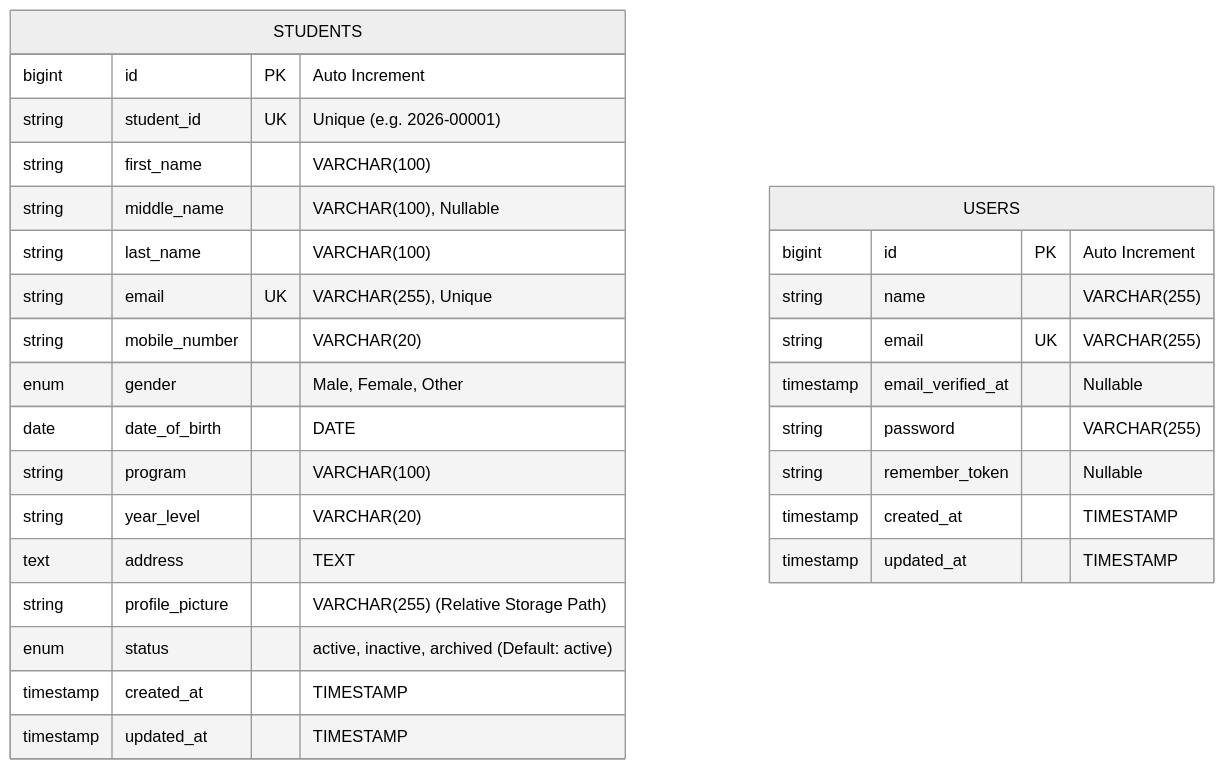
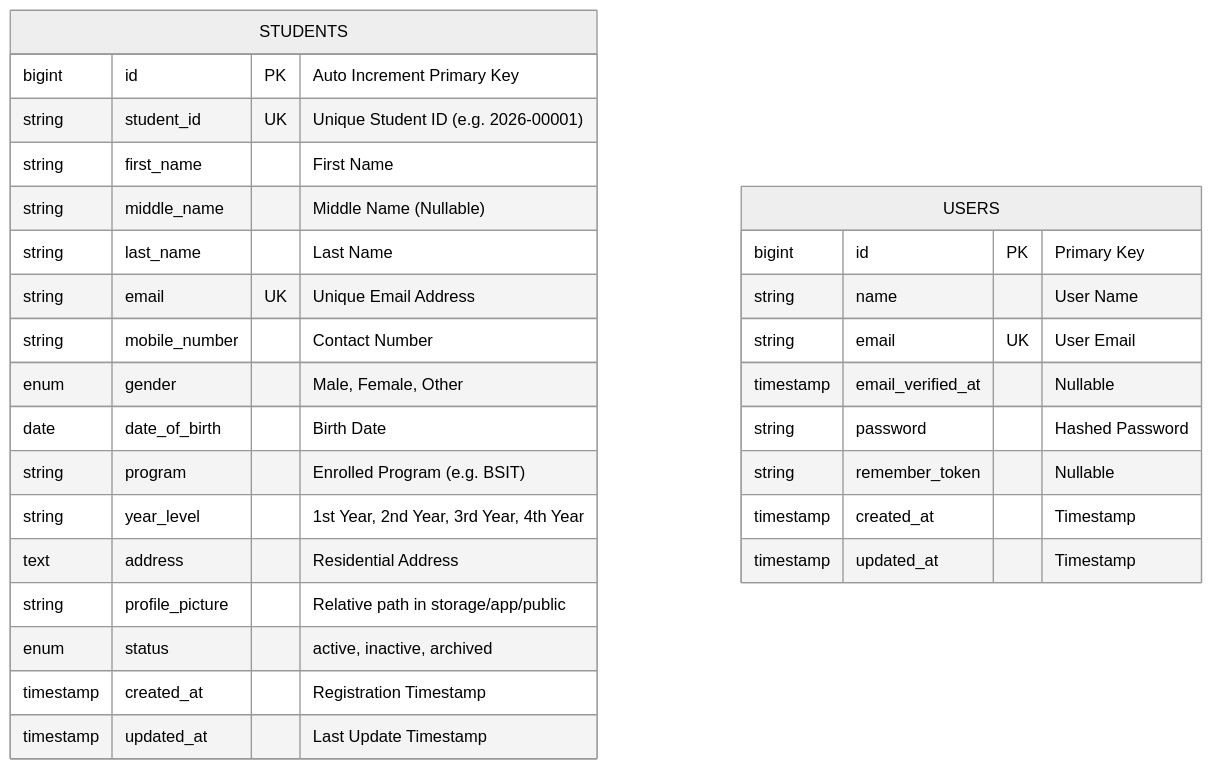
One commit to ejrdeleon/week04-student-registration changed the diagram in documentation/er-diagram.md. Above: the diagram before and after it, drawn with Mermaid (neutral theme). The commit also changed other lines of this file and 2 other files, not shown here.

Commit message:
development progress 2

````diff
--- a/documentation/er-diagram.md
+++ b/documentation/er-diagram.md
@@ -7,32 +7,32 @@
 ```mermaid
 erDiagram
     STUDENTS {
-        bigint id PK "Auto Increment"
-        string student_id UK "Unique (e.g. 2026-00001)"
-        string first_name "VARCHAR(100)"
-        string middle_name "VARCHAR(100), Nullable"
-        string last_name "VARCHAR(100)"
-        string email UK "VARCHAR(255), Unique"
-        string mobile_number "VARCHAR(20)"
+        bigint id PK "Auto Increment Primary Key"
+        string student_id UK "Unique Student ID (e.g. 2026-00001)"
+        string first_name "First Name"
+        string middle_name "Middle Name (Nullable)"
+        string last_name "Last Name"
+        string email UK "Unique Email Address"
+        string mobile_number "Contact Number"
         enum gender "Male, Female, Other"
-        date date_of_birth "DATE"
-        string program "VARCHAR(100)"
-        string year_level "VARCHAR(20)"
-        text address "TEXT"
-        string profile_picture "VARCHAR(255) (Relative Storage Path)"
-        enum status "active, inactive, archived (Default: active)"
-        timestamp created_at "TIMESTAMP"
-        timestamp updated_at "TIMESTAMP"
+        date date_of_birth "Birth Date"
+        string program "Enrolled Program (e.g. BSIT)"
+        string year_level "1st Year, 2nd Year, 3rd Year, 4th Year"
+        text address "Residential Address"
+        string profile_picture "Relative path in storage/app/public"
+        enum status "active, inactive, archived"
+        timestamp created_at "Registration Timestamp"
+        timestamp updated_at "Last Update Timestamp"
     }
 
     USERS {
-        bigint id PK "Auto Increment"
-        string name "VARCHAR(255)"
-        string email UK "VARCHAR(255)"
+        bigint id PK "Primary Key"
+        string name "User Name"
+        string email UK "User Email"
         timestamp email_verified_at "Nullable"
-        string password "VARCHAR(255)"
+        string password "Hashed Password"
         string remember_token "Nullable"
-        timestamp created_at "TIMESTAMP"
-        timestamp updated_at "TIMESTAMP"
+        timestamp created_at "Timestamp"
+        timestamp updated_at "Timestamp"
     }
 ```
````
